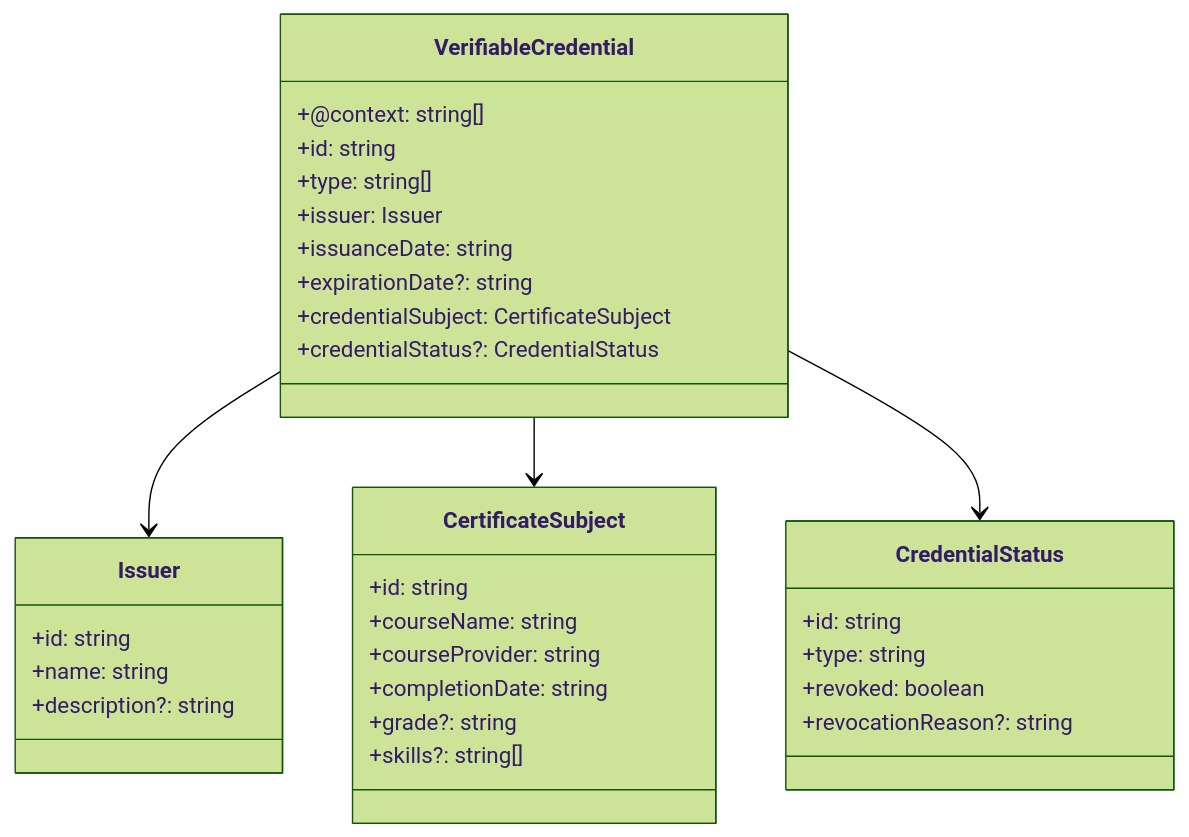
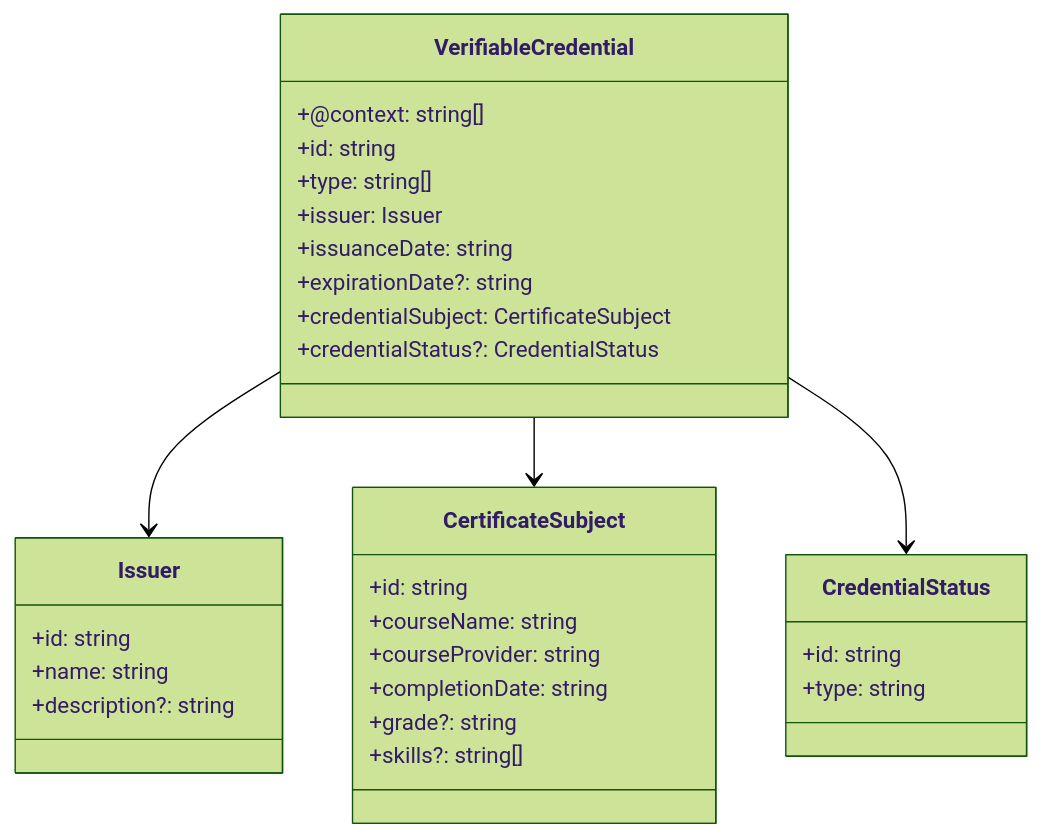
Before and after one commit to hiepthach/CertifyCKB: the third of 12 diagrams in doc/Design_spec/Implementation_Architecture.md, drawn with Mermaid (forest theme). The commit also changed other lines of this file and 25 other files, not shown here.

````diff
--- a/doc/Design_spec/Implementation_Architecture.md
+++ b/doc/Design_spec/Implementation_Architecture.md
@@ -215,39 +215,37 @@
 ```mermaid
 classDiagram
     class VerifiableCredential {
         +@context: string[]
         +id: string
         +type: string[]
         +issuer: Issuer
         +issuanceDate: string
         +expirationDate?: string
         +credentialSubject: CertificateSubject
         +credentialStatus?: CredentialStatus
     }
 
     class Issuer {
         +id: string
         +name: string
         +description?: string
     }
 
     class CertificateSubject {
         +id: string
         +courseName: string
         +courseProvider: string
         +completionDate: string
         +grade?: string
         +skills?: string[]
     }
 
     class CredentialStatus {
         +id: string
         +type: string
-        +revoked: boolean
-        +revocationReason?: string
     }
 
     VerifiableCredential --> Issuer
     VerifiableCredential --> CertificateSubject
     VerifiableCredential --> CredentialStatus
 ```
````
